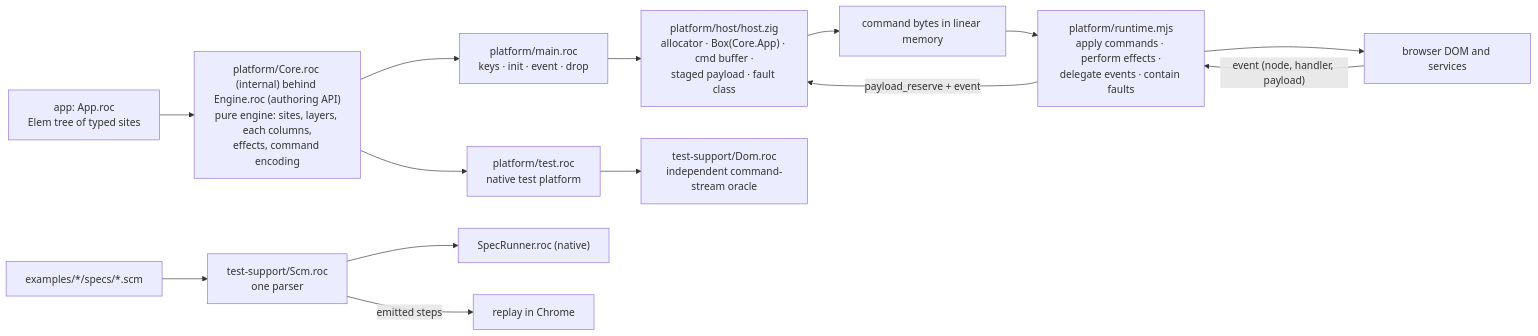
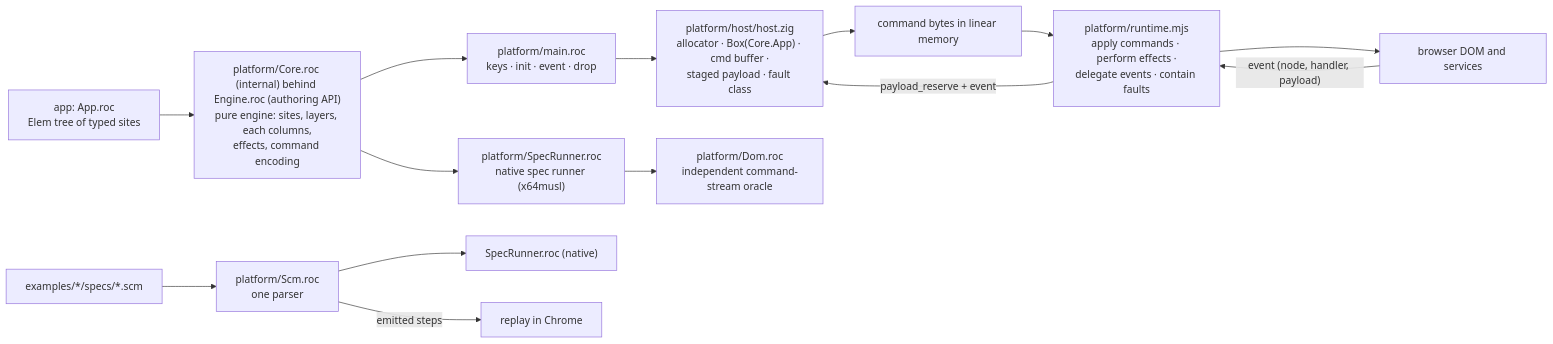
One commit to lukewilliamboswell/roc-signals changed the diagram in design.md. Above: the diagram before and after it, drawn with Mermaid. The commit also changed other lines of this file and 83 other files, not shown here.

````diff
--- a/design.md
+++ b/design.md
@@ -218,17 +218,17 @@
 ```mermaid
 flowchart LR
     App["app: App.roc<br/>Elem tree of typed sites"] --> Engine["platform/Core.roc (internal) behind Engine.roc (authoring API)<br/>pure engine: sites, layers, each columns,<br/>effects, command encoding"]
     Engine --> Main["platform/main.roc<br/>keys · init · event · drop"]
     Main --> Host["platform/host/host.zig<br/>allocator · Box(Core.App) · cmd buffer ·<br/>staged payload · fault class"]
     Host --> Wire["command bytes in linear memory"]
     Wire --> JS["platform/runtime.mjs<br/>apply commands · perform effects ·<br/>delegate events · contain faults"]
     JS --> DOM["browser DOM and services"]
     DOM -->|"event (node, handler, payload)"| JS
     JS -->|"payload_reserve + event"| Host
 
-    Engine --> Test["platform/test.roc<br/>native test platform"]
-    Test --> Oracle["test-support/Dom.roc<br/>independent command-stream oracle"]
-    Scm["examples/*/specs/*.scm"] --> Parser["test-support/Scm.roc<br/>one parser"]
+    Engine --> Test["platform/SpecRunner.roc<br/>native spec runner (x64musl)"]
+    Test --> Oracle["platform/Dom.roc<br/>independent command-stream oracle"]
+    Scm["examples/*/specs/*.scm"] --> Parser["platform/Scm.roc<br/>one parser"]
     Parser --> Native["SpecRunner.roc (native)"]
     Parser -->|"emitted steps"| Browser["replay in Chrome"]
 ```
````
